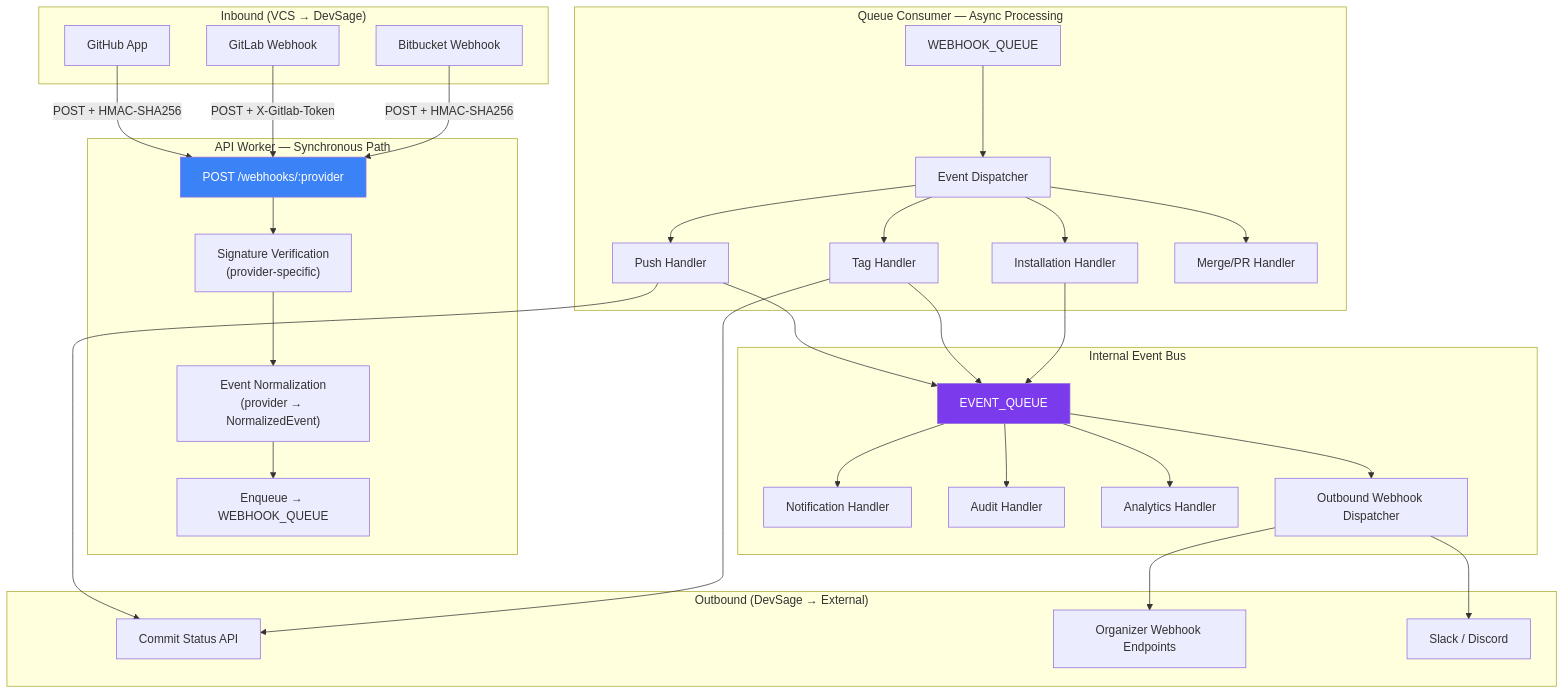
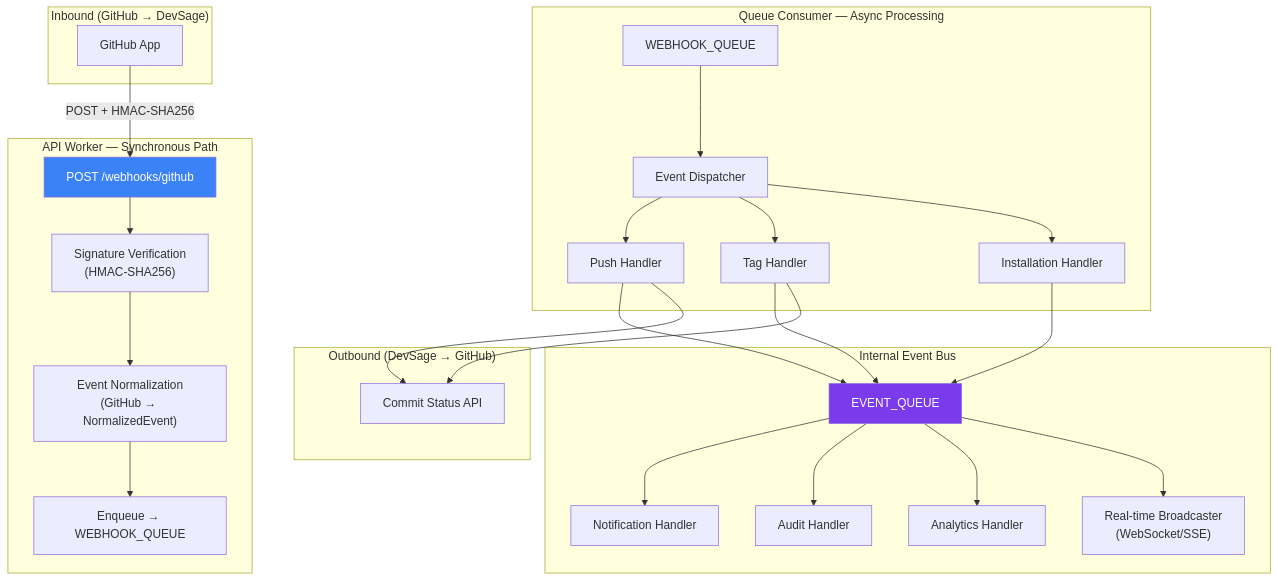
The first of 12 diagrams in docs/v3/planned/webhooks-integrations.md (devangshupandey2025-stack/DevSage), drawn with Mermaid before and after one commit. The commit also changed other lines of this file, not shown here.

First line of the commit message:
docs(webhooks): reduce to GitHub-only, add rounds-aware tag handler

````diff
--- a/docs/v3/planned/webhooks-integrations.md
+++ b/docs/v3/planned/webhooks-integrations.md
@@ -52,54 +46,45 @@
 ```mermaid
 flowchart TD
-    subgraph "Inbound (VCS → DevSage)"
+    subgraph "Inbound (GitHub → DevSage)"
         GH["GitHub App"]
-        GL["GitLab Webhook"]
-        BB["Bitbucket Webhook"]
     end
 
     subgraph "API Worker — Synchronous Path"
-        WH["POST /webhooks/:provider"]
-        WH --> SIG["Signature Verification<br/>(provider-specific)"]
-        SIG --> NORM["Event Normalization<br/>(provider → NormalizedEvent)"]
+        WH["POST /webhooks/github"]
+        WH --> SIG["Signature Verification<br/>(HMAC-SHA256)"]
+        SIG --> NORM["Event Normalization<br/>(GitHub → NormalizedEvent)"]
         NORM --> ENQ["Enqueue → WEBHOOK_QUEUE"]
     end
 
     subgraph "Queue Consumer — Async Processing"
         Q["WEBHOOK_QUEUE"]
         Q --> DISP["Event Dispatcher"]
         DISP --> PH["Push Handler"]
         DISP --> TH["Tag Handler"]
         DISP --> IH["Installation Handler"]
-        DISP --> MH["Merge/PR Handler"]
     end
 
     subgraph "Internal Event Bus"
         BUS["EVENT_QUEUE"]
         BUS --> NF["Notification Handler"]
         BUS --> AU["Audit Handler"]
         BUS --> AN["Analytics Handler"]
-        BUS --> OW["Outbound Webhook Dispatcher"]
+        BUS --> RT["Real-time Broadcaster<br/>(WebSocket/SSE)"]
     end
 
-    subgraph "Outbound (DevSage → External)"
+    subgraph "Outbound (DevSage → GitHub)"
         CS["Commit Status API"]
-        OWH["Organizer Webhook Endpoints"]
-        SL["Slack / Discord"]
     end
 
     GH -->|POST + HMAC-SHA256| WH
-    GL -->|POST + X-Gitlab-Token| WH
-    BB -->|POST + HMAC-SHA256| WH
 
     PH --> BUS
     TH --> BUS
     IH --> BUS
 
     PH --> CS
     TH --> CS
-    OW --> OWH
-    OW --> SL
 
     style WH fill:#3b82f6,color:#fff
     style BUS fill:#7c3aed,color:#fff
 ```
````
